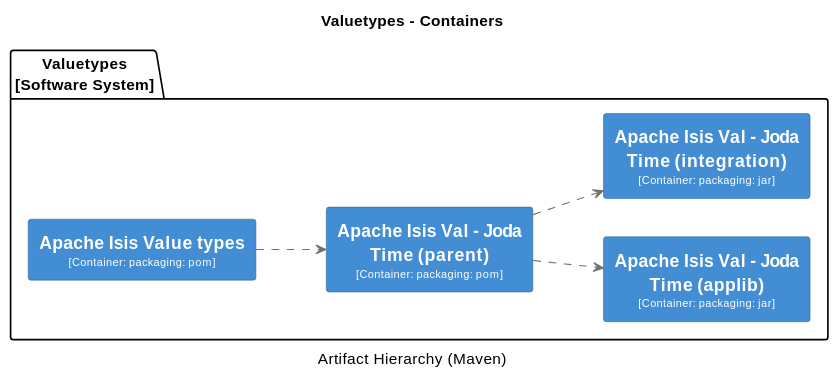
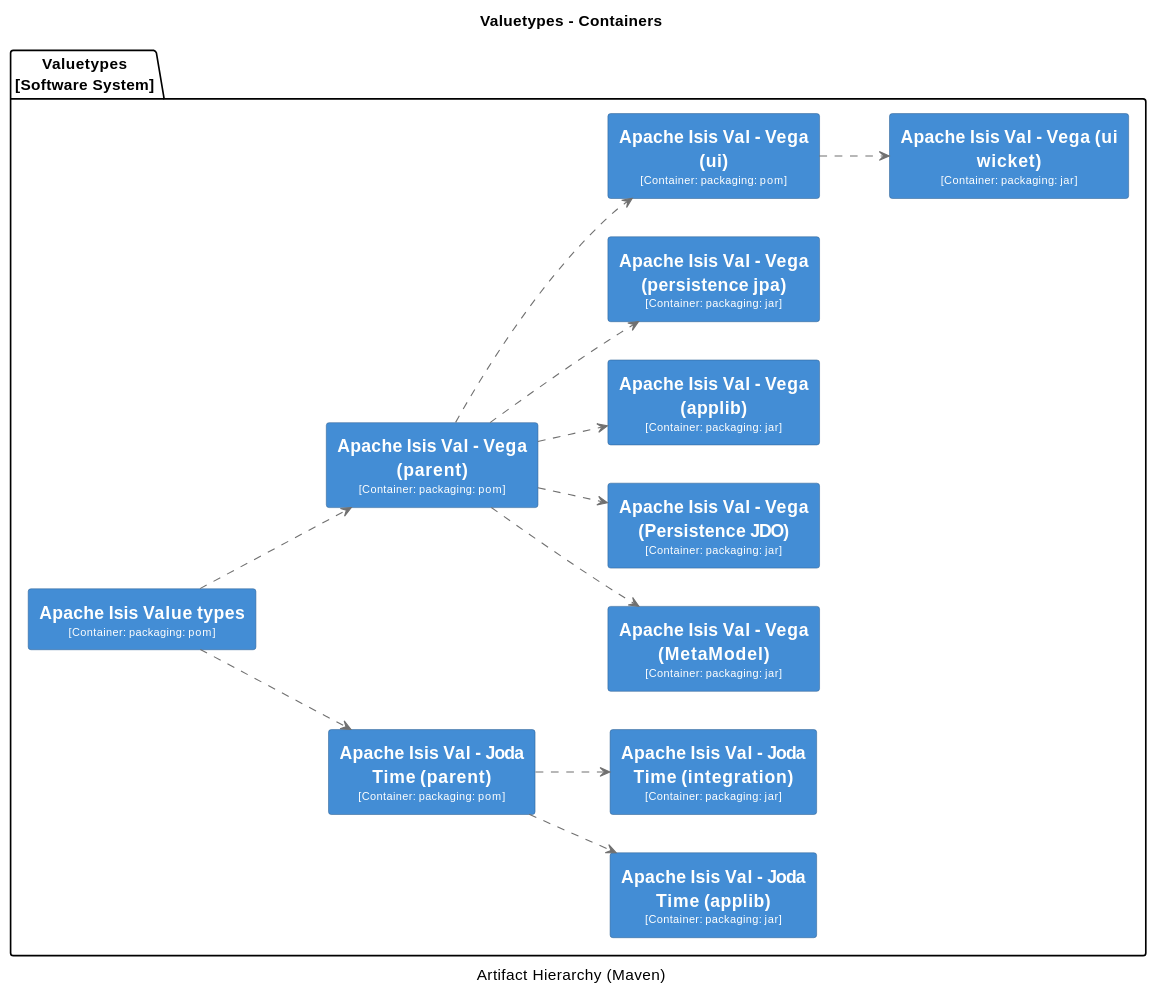
Before and after one commit to apache/causeway: diagram 18 of 32 in core/adoc/modules/_overview/pages/about.adoc, drawn with PlantUML. The commit also changed other lines of this file and 12 other files, not shown here.

```diff
--- a/core/adoc/modules/_overview/pages/about.adoc
+++ b/core/adoc/modules/_overview/pages/about.adoc
@@ -3095,6 +3350,16 @@
 }
 hide stereotype
 left to right direction
+skinparam rectangle<<11>> {
+  BackgroundColor #438dd5
+  FontColor #fffffe
+  BorderColor #2E6295
+}
+skinparam rectangle<<12>> {
+  BackgroundColor #438dd5
+  FontColor #fffffe
+  BorderColor #2E6295
+}
 skinparam rectangle<<2>> {
   BackgroundColor #438dd5
   FontColor #fffffe
@@ -3115,14 +3380,53 @@
   FontColor #fffffe
   BorderColor #2E6295
 }
+skinparam rectangle<<6>> {
+  BackgroundColor #438dd5
+  FontColor #fffffe
+  BorderColor #2E6295
+}
+skinparam rectangle<<7>> {
+  BackgroundColor #438dd5
+  FontColor #fffffe
+  BorderColor #2E6295
+}
+skinparam rectangle<<8>> {
+  BackgroundColor #438dd5
+  FontColor #fffffe
+  BorderColor #2E6295
+}
+skinparam rectangle<<9>> {
+  BackgroundColor #438dd5
+  FontColor #fffffe
+  BorderColor #2E6295
+}
+skinparam rectangle<<10>> {
+  BackgroundColor #438dd5
+  FontColor #fffffe
+  BorderColor #2E6295
+}
 package "Valuetypes\n[Software System]" {
   rectangle "==Apache Isis Val - Joda Time (applib)\n<size:10>[Container: packaging: jar]</size>" <<4>> as 4
   rectangle "==Apache Isis Val - Joda Time (integration)\n<size:10>[Container: packaging: jar]</size>" <<5>> as 5
   rectangle "==Apache Isis Val - Joda Time (parent)\n<size:10>[Container: packaging: pom]</size>" <<3>> as 3
+  rectangle "==Apache Isis Val - Vega (MetaModel)\n<size:10>[Container: packaging: jar]</size>" <<8>> as 8
+  rectangle "==Apache Isis Val - Vega (Persistence JDO)\n<size:10>[Container: packaging: jar]</size>" <<9>> as 9
+  rectangle "==Apache Isis Val - Vega (applib)\n<size:10>[Container: packaging: jar]</size>" <<7>> as 7
+  rectangle "==Apache Isis Val - Vega (parent)\n<size:10>[Container: packaging: pom]</size>" <<6>> as 6
+  rectangle "==Apache Isis Val - Vega (persistence jpa)\n<size:10>[Container: packaging: jar]</size>" <<10>> as 10
+  rectangle "==Apache Isis Val - Vega (ui wicket)\n<size:10>[Container: packaging: jar]</size>" <<12>> as 12
+  rectangle "==Apache Isis Val - Vega (ui)\n<size:10>[Container: packaging: pom]</size>" <<11>> as 11
   rectangle "==Apache Isis Value types\n<size:10>[Container: packaging: pom]</size>" <<2>> as 2
 }
 3 .[#707070].> 4 : ""
 3 .[#707070].> 5 : ""
+6 .[#707070].> 8 : ""
+6 .[#707070].> 9 : ""
+6 .[#707070].> 7 : ""
+6 .[#707070].> 10 : ""
+6 .[#707070].> 11 : ""
+11 .[#707070].> 12 : ""
 2 .[#707070].> 3 : ""
+2 .[#707070].> 6 : ""
 @enduml
 ----
```
